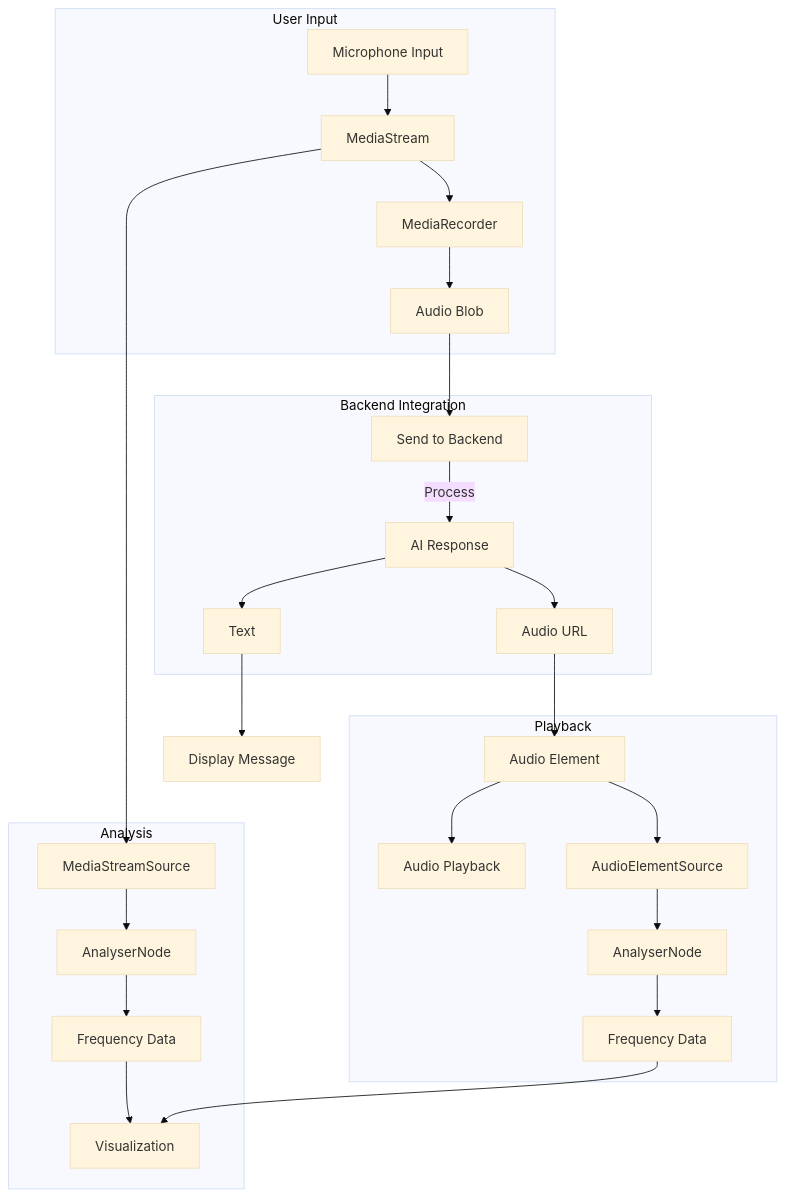
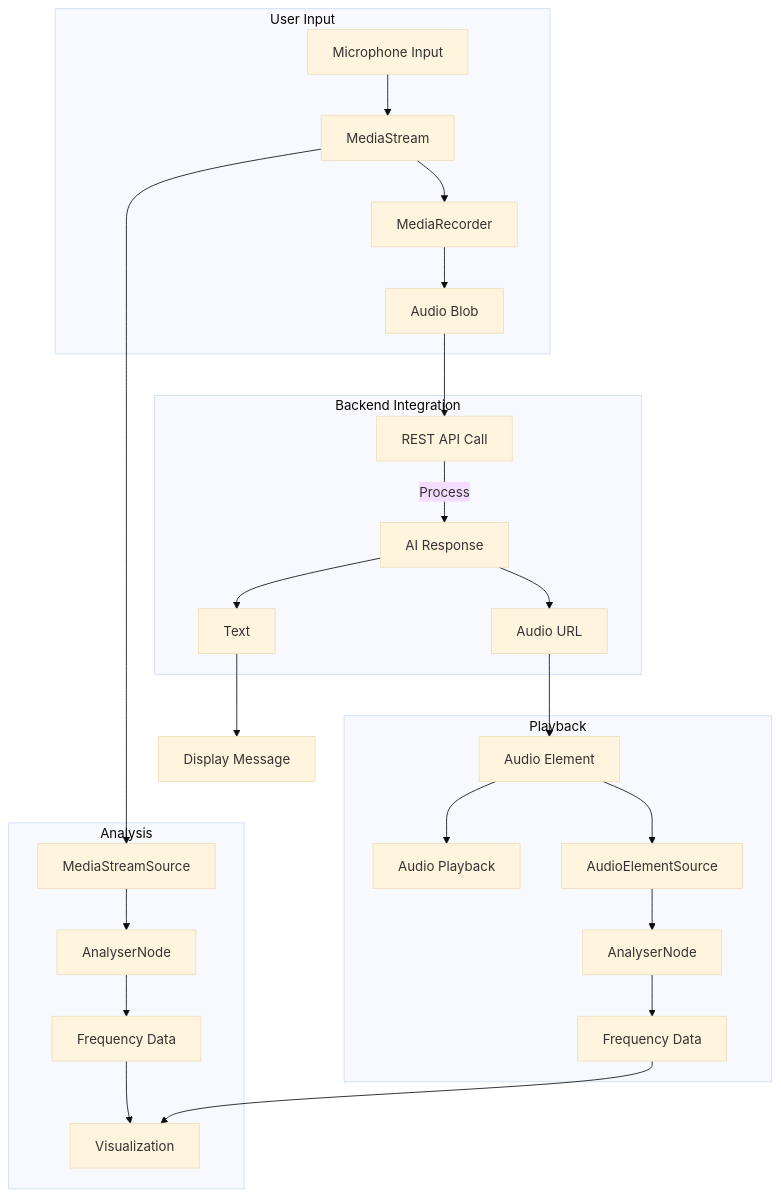
Before and after one commit to beerbear4369/design-to-reality-94: the first of 6 diagrams in memory-bank/systemPatterns.md, drawn with Mermaid (base theme). The commit also changed other lines of this file and 65 other files, not shown here.

Commit message:
finish frontend function with REST API integration documentation. next bring the api service live and work on the session ending

````diff
--- a/memory-bank/systemPatterns.md
+++ b/memory-bank/systemPatterns.md
@@ -16,33 +24,33 @@
 ```mermaid
 flowchart TD
     subgraph User Input
         MIC[Microphone Input] --> MST[MediaStream]
         MST --> MR[MediaRecorder]
         MR --> BLOB[Audio Blob]
     end
 
     subgraph Analysis
         MST --> MSRC[MediaStreamSource]
         MSRC --> ANLZ[AnalyserNode]
         ANLZ --> FREQ[Frequency Data]
         FREQ --> VIZ[Visualization]
     end
 
     subgraph Backend Integration
-        BLOB --> SEND[Send to Backend]
-        SEND --> |Process| RESP[AI Response]
+        BLOB --> API[REST API Call]
+        API --> |Process| RESP[AI Response]
         RESP --> TXT[Text]
         RESP --> AUD[Audio URL]
     end
 
     subgraph Playback
         AUD --> AELEM[Audio Element]
         AELEM --> PLBK[Audio Playback]
         AELEM --> ASRC[AudioElementSource]
         ASRC --> ANLZ2[AnalyserNode]
         ANLZ2 --> FREQ2[Frequency Data]
         FREQ2 --> VIZ
     end
 
     TXT --> MSG[Display Message]
 ```
````
